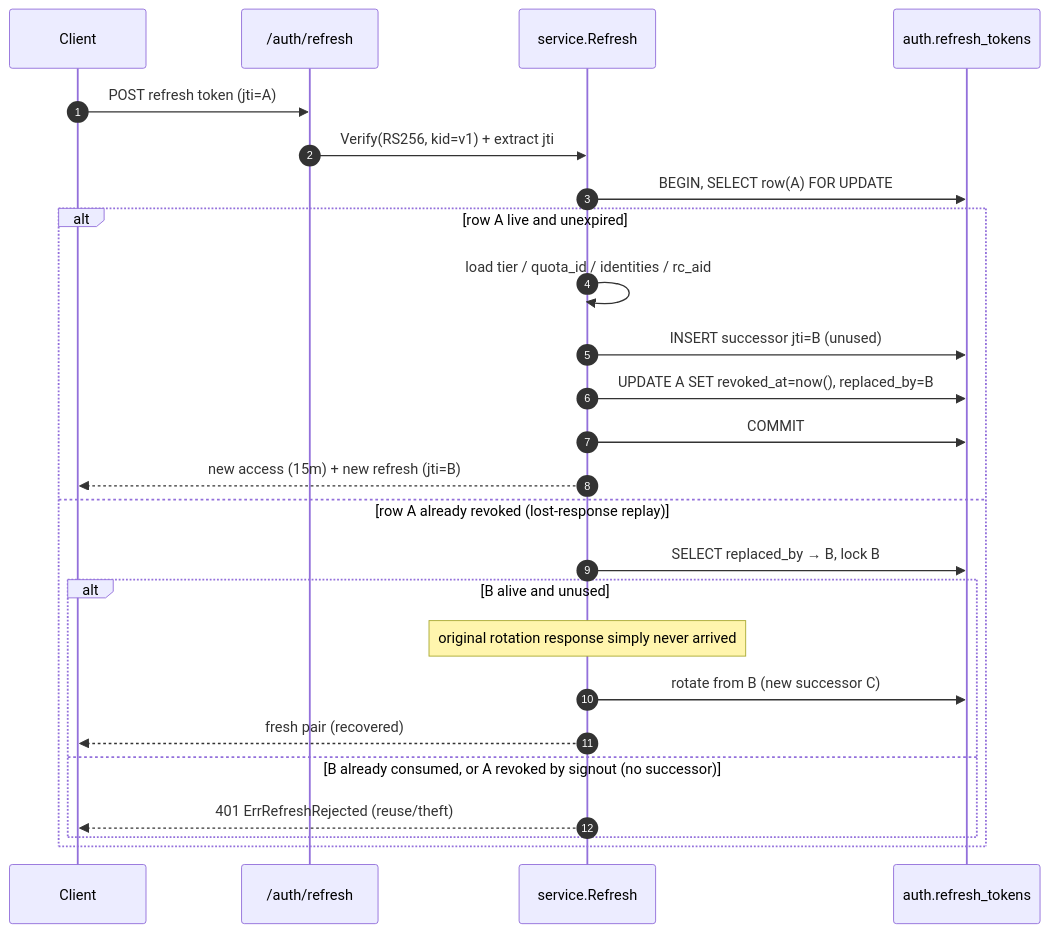
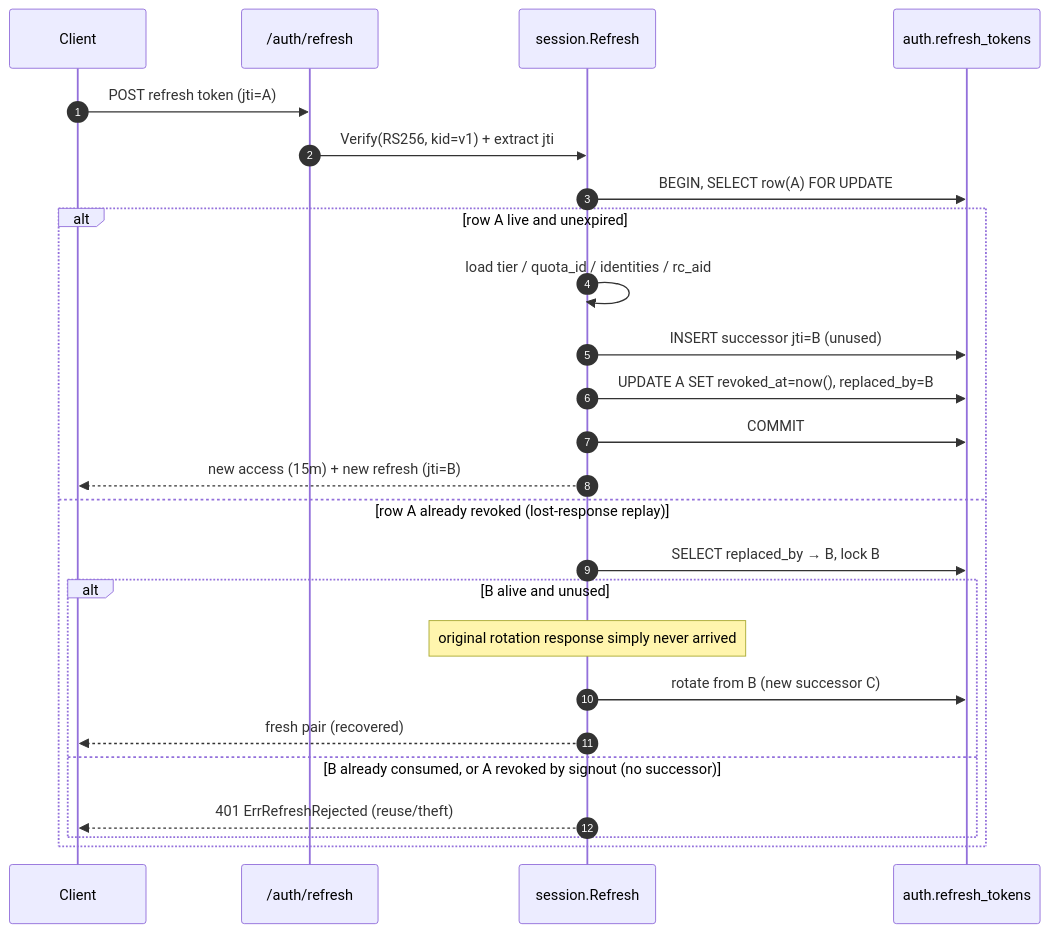
Before and after one commit to jiva-studio/shruti: the second of 3 diagrams in docs/repos/shruti/architecture/auth.md, drawn with Mermaid. The commit also changed other lines of this file and 110 other files, not shown here.

````diff
--- a/docs/repos/shruti/architecture/auth.md
+++ b/docs/repos/shruti/architecture/auth.md
@@ -96,28 +98,28 @@
 ```mermaid
 sequenceDiagram
   autonumber
   participant C as Client
   participant H as /auth/refresh
-  participant S as service.Refresh
+  participant S as session.Refresh
   participant DB as auth.refresh_tokens
 
   C->>H: POST refresh token (jti=A)
   H->>S: Verify(RS256, kid=v1) + extract jti
   S->>DB: BEGIN, SELECT row(A) FOR UPDATE
   alt row A live and unexpired
     S->>S: load tier / quota_id / identities / rc_aid
     S->>DB: INSERT successor jti=B (unused)
     S->>DB: UPDATE A SET revoked_at=now(), replaced_by=B
     S->>DB: COMMIT
     S-->>C: new access (15m) + new refresh (jti=B)
   else row A already revoked (lost-response replay)
     S->>DB: SELECT replaced_by → B, lock B
     alt B alive and unused
       Note over S: original rotation response simply never arrived
       S->>DB: rotate from B (new successor C)
       S-->>C: fresh pair (recovered)
     else B already consumed, or A revoked by signout (no successor)
       S-->>C: 401 ErrRefreshRejected (reuse/theft)
     end
   end
 ```
````
